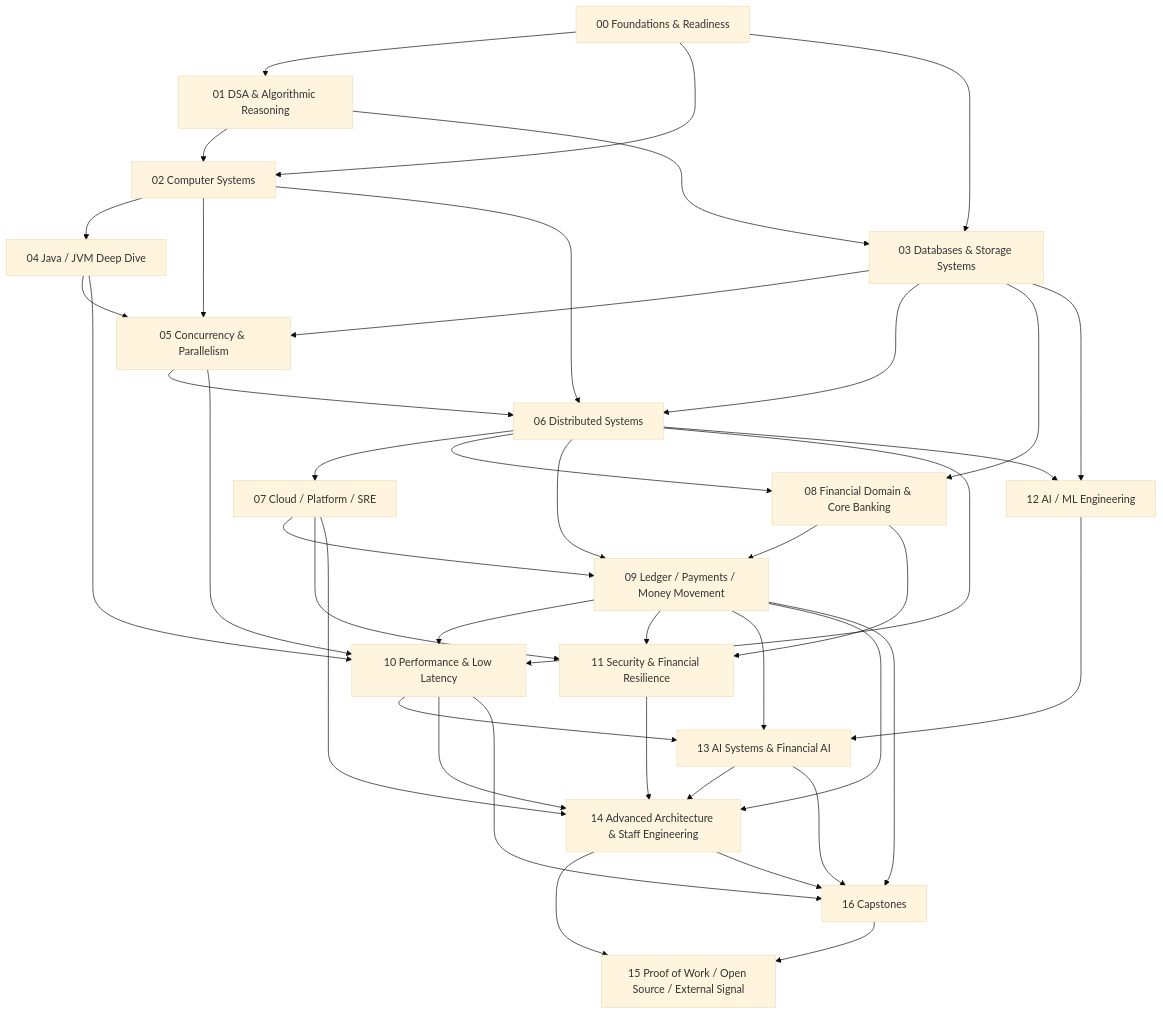
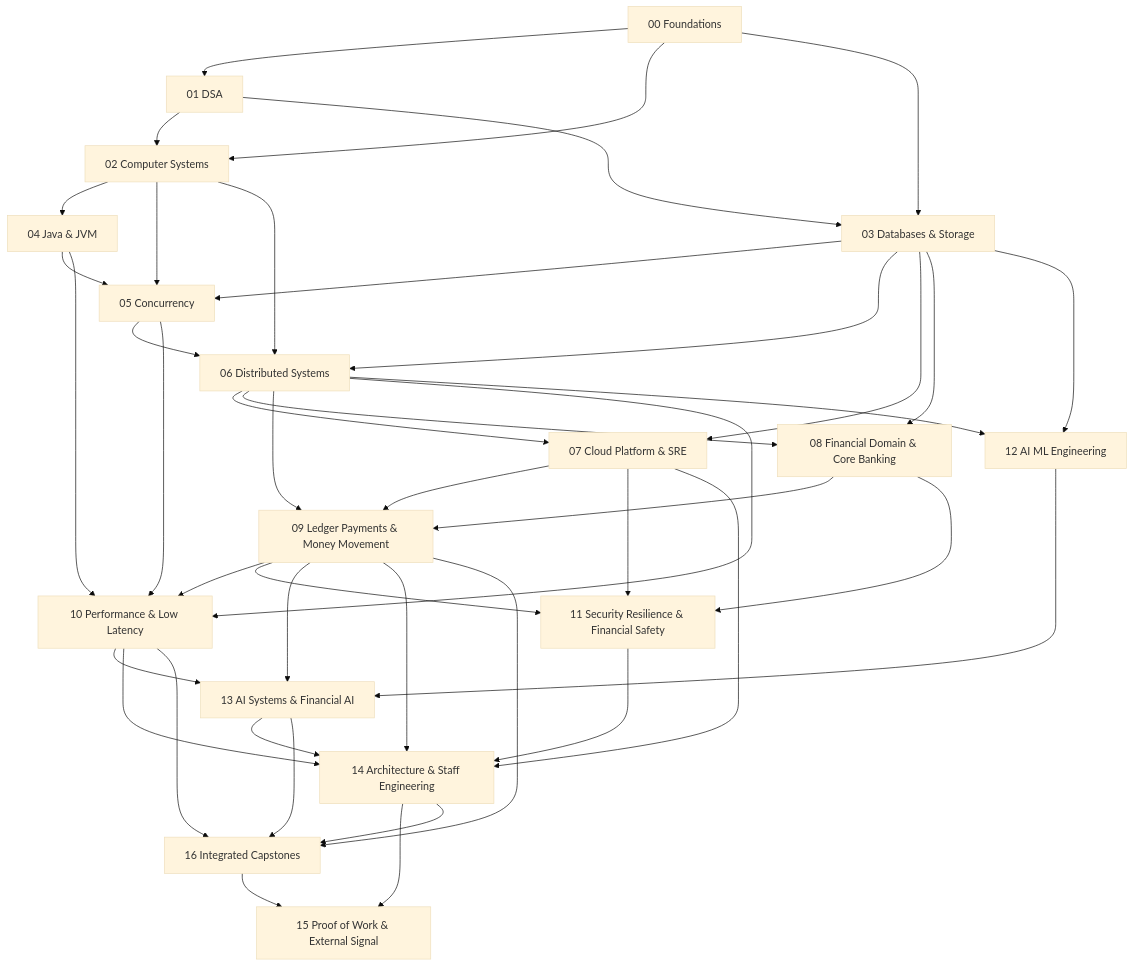
Before and after one commit to Geekers-Joel237/FIE-docs: the diagram in ROADMAP.md, drawn with Mermaid (base theme). The commit also changed other lines of this file, not shown here.

Commit message:
docs: publish roadmap v1 global curriculum

````diff
--- a/ROADMAP.md
+++ b/ROADMAP.md
@@ -49,62 +53,63 @@
 ```mermaid
 flowchart TD
-    T00[00 Foundations & Readiness]
-    T01[01 DSA & Algorithmic Reasoning]
+    T00[00 Foundations]
+    T01[01 DSA]
     T02[02 Computer Systems]
-    T03[03 Databases & Storage Systems]
-    T04[04 Java / JVM Deep Dive]
-    T05[05 Concurrency & Parallelism]
+    T03[03 Databases & Storage]
+    T04[04 Java & JVM]
+    T05[05 Concurrency]
     T06[06 Distributed Systems]
-    T07[07 Cloud / Platform / SRE]
+    T07[07 Cloud Platform & SRE]
     T08[08 Financial Domain & Core Banking]
-    T09[09 Ledger / Payments / Money Movement]
+    T09[09 Ledger Payments & Money Movement]
     T10[10 Performance & Low Latency]
-    T11[11 Security & Financial Resilience]
-    T12[12 AI / ML Engineering]
+    T11[11 Security Resilience & Financial Safety]
+    T12[12 AI ML Engineering]
     T13[13 AI Systems & Financial AI]
-    T14[14 Advanced Architecture & Staff Engineering]
-    T15[15 Proof of Work / Open Source / External Signal]
-    T16[16 Capstones]
+    T14[14 Architecture & Staff Engineering]
+    T15[15 Proof of Work & External Signal]
+    T16[16 Integrated Capstones]
 
     T00 --> T01
     T00 --> T02
     T00 --> T03
     T01 --> T02
     T01 --> T03
     T02 --> T04
     T02 --> T05
     T03 --> T05
     T02 --> T06
     T03 --> T06
     T05 --> T06
     T04 --> T05
     T06 --> T07
+    T03 --> T07
     T06 --> T08
     T03 --> T08
     T08 --> T09
     T06 --> T09
     T07 --> T09
     T04 --> T10
     T05 --> T10
     T06 --> T10
     T09 --> T10
     T07 --> T11
     T08 --> T11
     T09 --> T11
     T06 --> T12
     T03 --> T12
     T12 --> T13
     T09 --> T13
     T10 --> T13
     T07 --> T14
     T09 --> T14
     T10 --> T14
     T11 --> T14
     T13 --> T14
     T14 --> T15
     T14 --> T16
     T09 --> T16
     T10 --> T16
     T13 --> T16
     T16 --> T15
 ```
````
